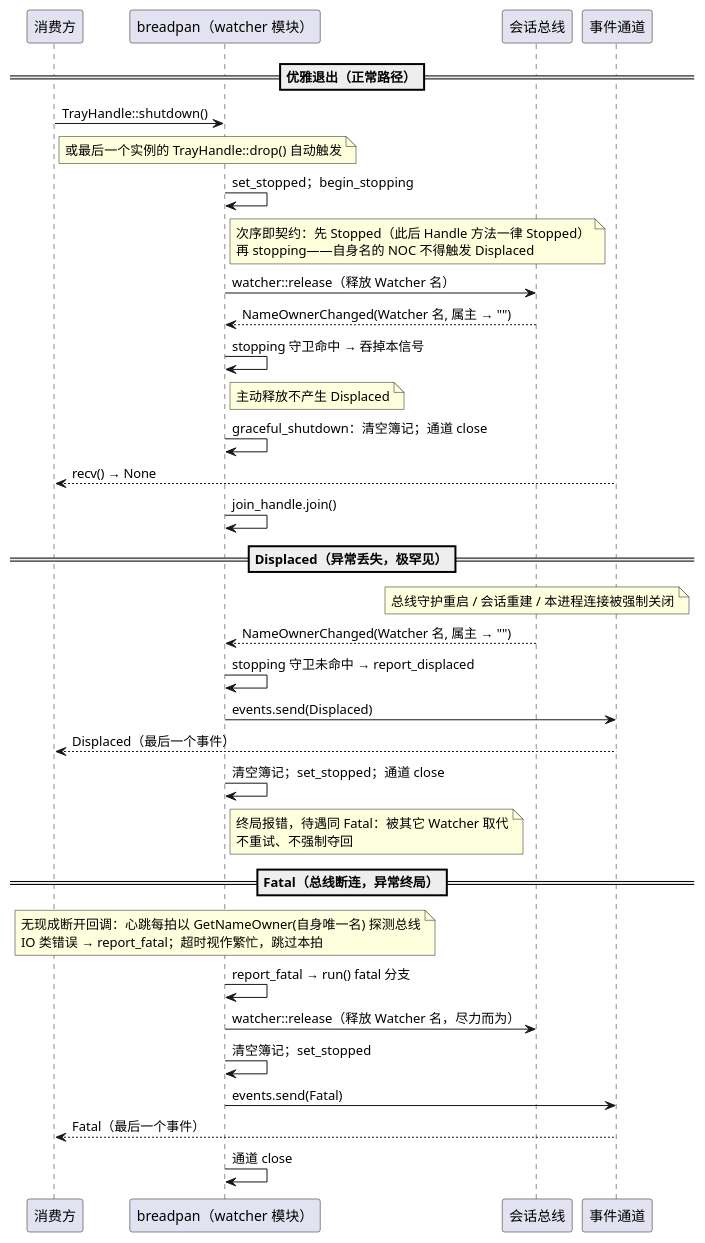
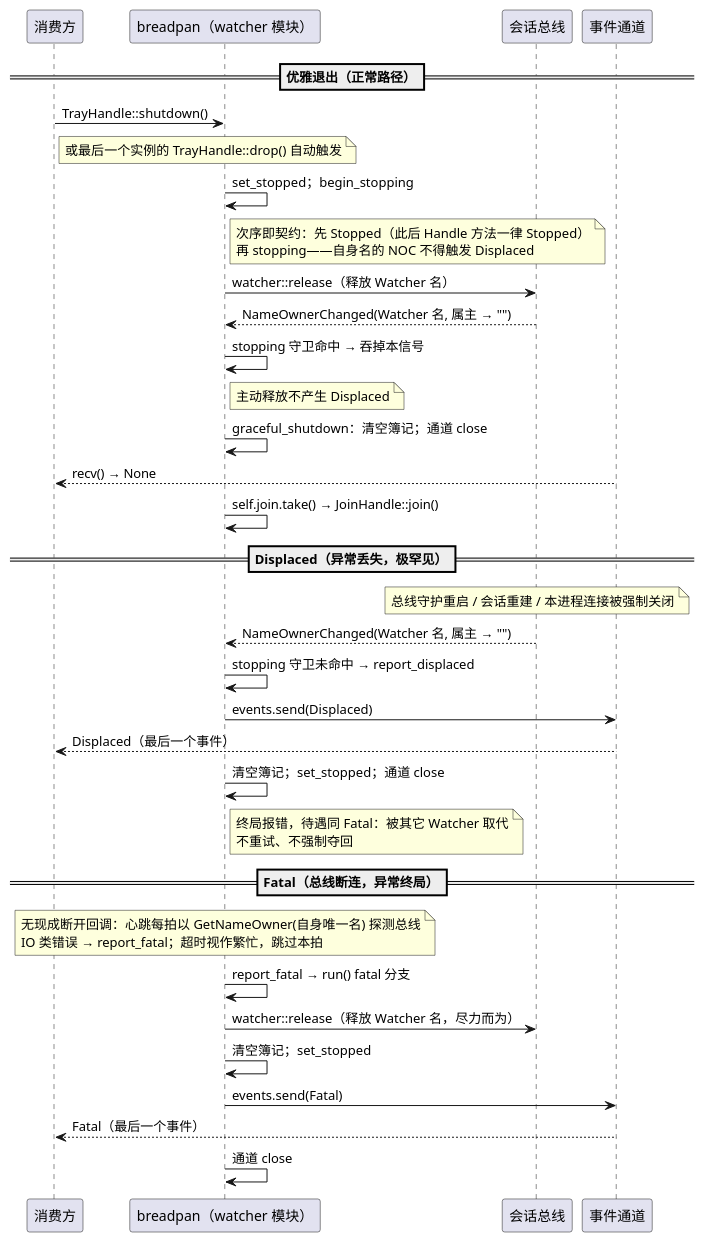
Before and after one commit to 54m43lJ/BreadKnife: the diagram in breadpan/diagram/breadpan-stop.puml, drawn with PlantUML. The commit also changed 15 other files, not shown here.

```diff
--- a/breadpan/diagram/breadpan-stop.puml
+++ b/breadpan/diagram/breadpan-stop.puml
@@ -1,52 +1,52 @@
 @startuml breadpan-stop
 participant "消费方" as app
 participant "breadpan（watcher 模块）" as bp
 participant "会话总线" as bus
 participant "事件通道" as ch
 
 == 优雅退出（正常路径）==
 app -> bp: TrayHandle::shutdown()
 note right of app
   或最后一个实例的 TrayHandle::drop() 自动触发
 end note
 bp -> bp: set_stopped；begin_stopping
 note right of bp
   次序即契约：先 Stopped（此后 Handle 方法一律 Stopped）
   再 stopping——自身名的 NOC 不得触发 Displaced
 end note
 bp -> bus: watcher::release（释放 Watcher 名）
 bus --> bp: NameOwnerChanged(Watcher 名, 属主 → "")
 bp -> bp: stopping 守卫命中 → 吞掉本信号
 note right of bp
   主动释放不产生 Displaced
 end note
 bp -> bp: graceful_shutdown：清空簿记；通道 close
 ch --> app: recv() → None
-bp -> bp: join_handle.join()
+bp -> bp: self.join.take() → JoinHandle::join()
 
 == Displaced（异常丢失，极罕见）==
 note over bus
   总线守护重启 / 会话重建 / 本进程连接被强制关闭
 end note
 bus --> bp: NameOwnerChanged(Watcher 名, 属主 → "")
 bp -> bp: stopping 守卫未命中 → report_displaced
 bp -> ch: events.send(Displaced)
 ch --> app: Displaced（最后一个事件）
 bp -> bp: 清空簿记；set_stopped；通道 close
 note right of bp
   终局报错，待遇同 Fatal：被其它 Watcher 取代
   不重试、不强制夺回
 end note
 
 == Fatal（总线断连，异常终局）==
 note over bp
   无现成断开回调：心跳每拍以 GetNameOwner(自身唯一名) 探测总线
   IO 类错误 → report_fatal；超时视作繁忙，跳过本拍
 end note
 bp -> bp: report_fatal → run() fatal 分支
 bp -> bus: watcher::release（释放 Watcher 名，尽力而为）
 bp -> bp: 清空簿记；set_stopped
 bp -> ch: events.send(Fatal)
 ch --> app: Fatal（最后一个事件）
 bp -> bp: 通道 close
 @enduml
```
